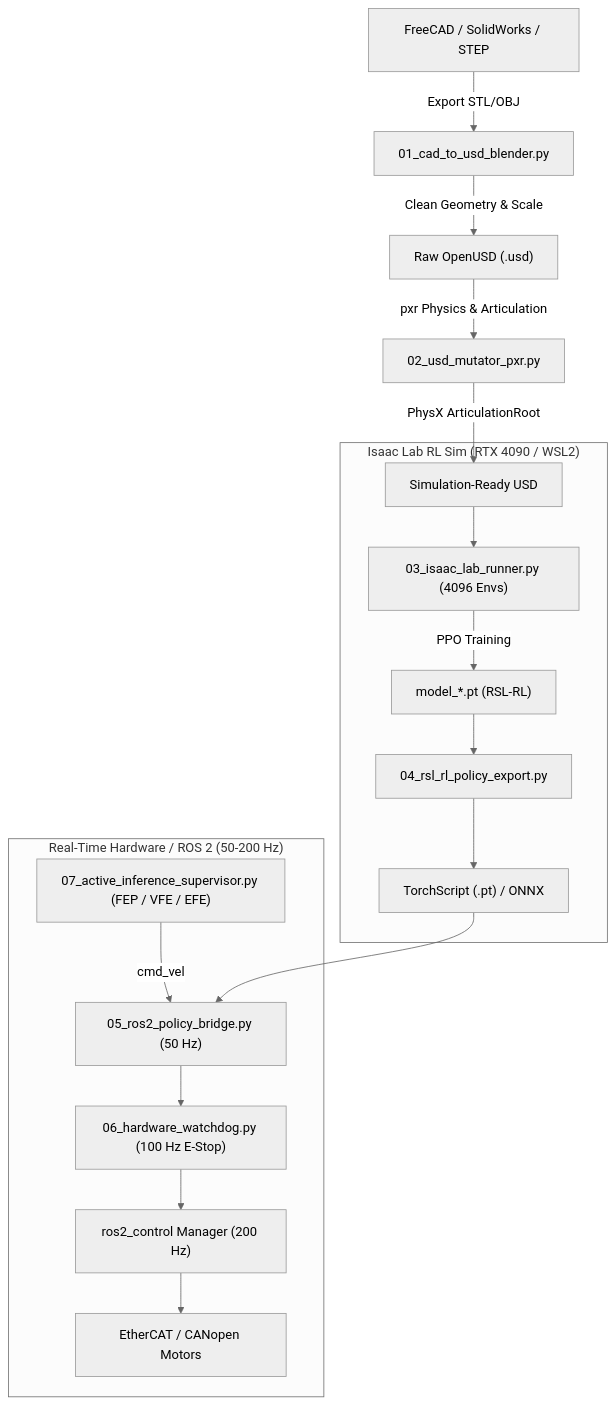
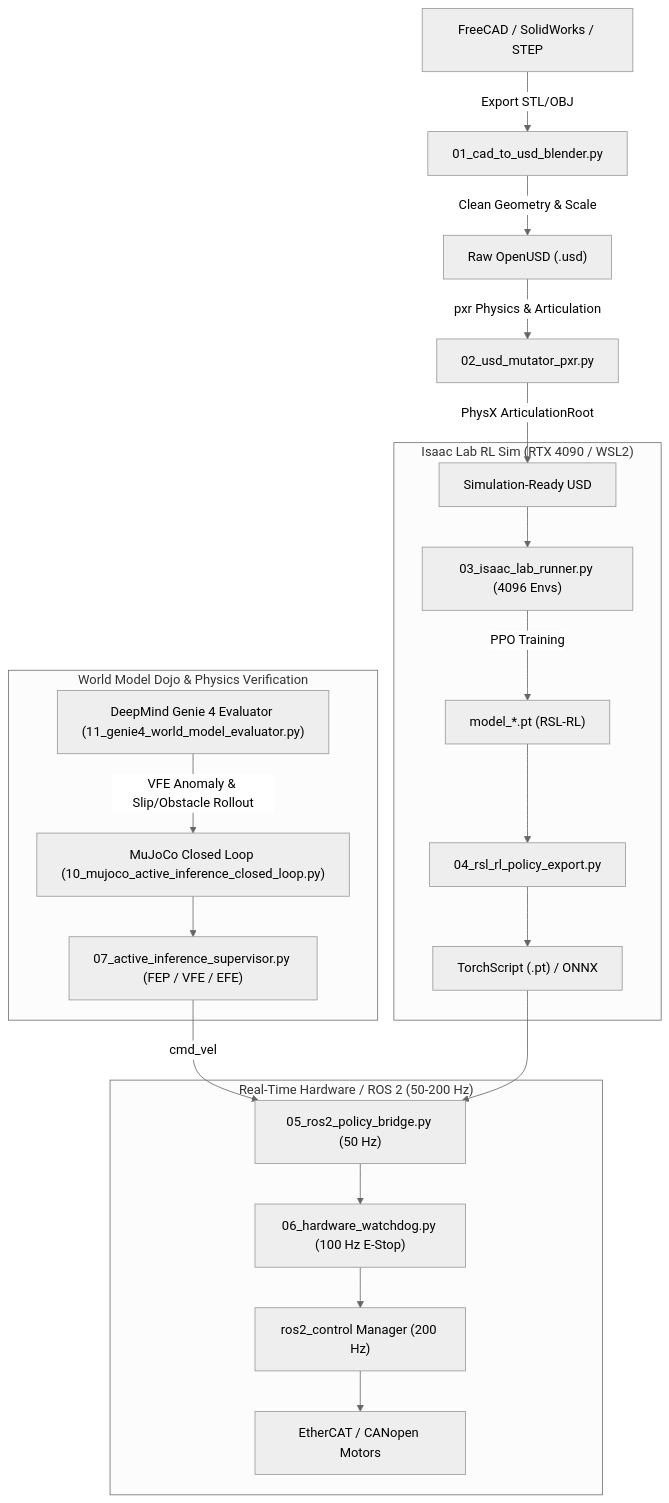
One commit to sandraschi/isaac-mcp changed the diagram in pipeline/README.md. Above: the diagram before and after it, drawn with Mermaid (neutral theme). The commit also changed other lines of this file, not shown here.

````diff
--- a/pipeline/README.md
+++ b/pipeline/README.md
@@ -10,22 +10,29 @@
 ```mermaid
 flowchart TD
     CAD["FreeCAD / SolidWorks / STEP"] -->|Export STL/OBJ| Blender["01_cad_to_usd_blender.py"]
     Blender -->|Clean Geometry & Scale| RawUSD["Raw OpenUSD (.usd)"]
     RawUSD -->|pxr Physics & Articulation| Mutator["02_usd_mutator_pxr.py"]
     Mutator -->|PhysX ArticulationRoot| IsaacUSD["Simulation-Ready USD"]
 
     subgraph Simulation ["Isaac Lab RL Sim (RTX 4090 / WSL2)"]
         IsaacUSD --> IsaacRunner["03_isaac_lab_runner.py (4096 Envs)"]
         IsaacRunner -->|PPO Training| Checkpoint["model_*.pt (RSL-RL)"]
         Checkpoint --> Exporter["04_rsl_rl_policy_export.py"]
         Exporter --> Standalone["TorchScript (.pt) / ONNX"]
     end
 
+    subgraph Dojo ["World Model Dojo & Physics Verification"]
+        Genie4["DeepMind Genie 4 Evaluator (11_genie4_world_model_evaluator.py)"]
+        MuJoCo["MuJoCo Closed Loop (10_mujoco_active_inference_closed_loop.py)"]
+        Genie4 -->|VFE Anomaly & Slip/Obstacle Rollout| MuJoCo
+        MuJoCo --> Cognitive
+    end
+
     subgraph Execution ["Real-Time Hardware / ROS 2 (50-200 Hz)"]
         Cognitive["07_active_inference_supervisor.py (FEP / VFE / EFE)"] -->|cmd_vel| PolicyBridge["05_ros2_policy_bridge.py (50 Hz)"]
         Standalone --> PolicyBridge
         PolicyBridge --> Watchdog["06_hardware_watchdog.py (100 Hz E-Stop)"]
         Watchdog --> ROS2Control["ros2_control Manager (200 Hz)"]
         ROS2Control --> Hardware["EtherCAT / CANopen Motors"]
     end
 ```
````
